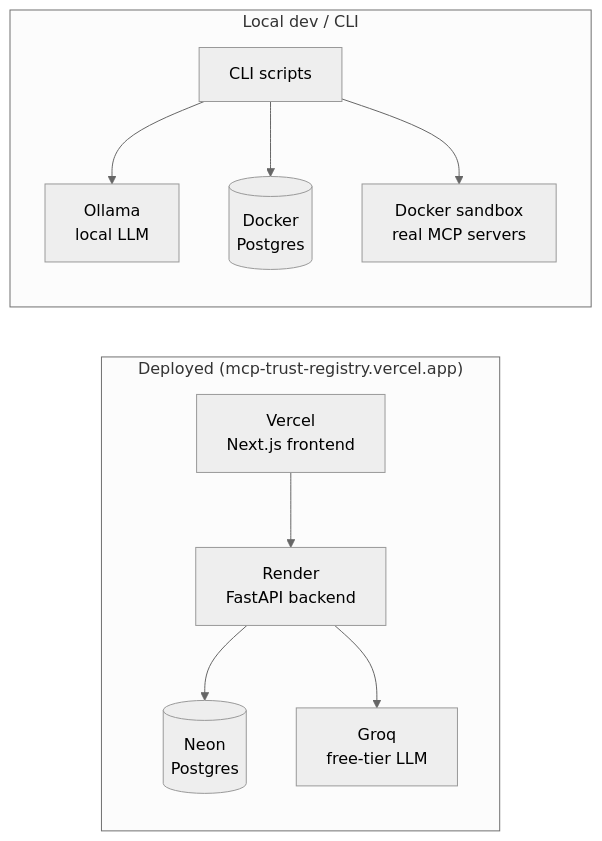
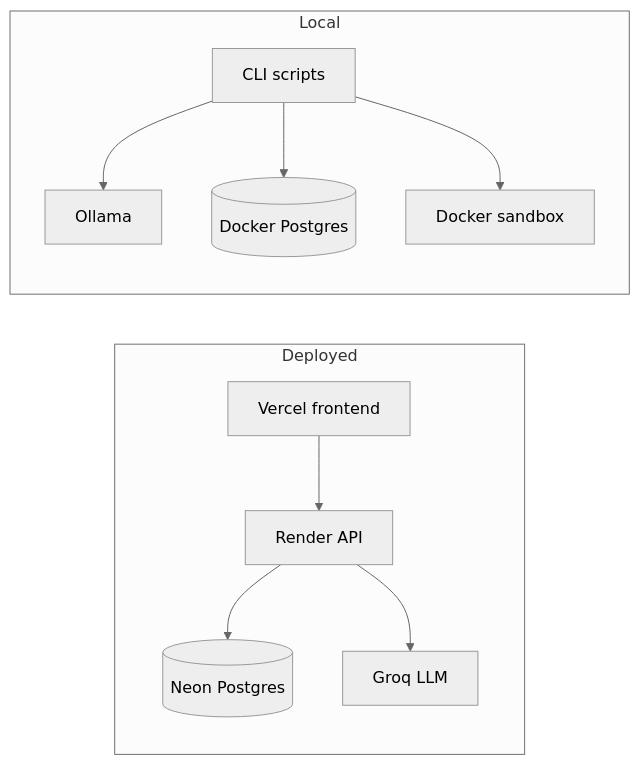
The diagram in README.md (NehaKhann/mcp-trust-registry), drawn with Mermaid (neutral theme) before and after one commit.

Commit message:
Fix Mermaid diagram not rendering on GitHub
Verified with a real browser (not just WebFetch, which doesn't run
GitHub's client-side JS and would have missed this) - the diagram
left a blank gap on the page, 0 rendered SVG elements. Simplified the
node labels: dropped <br/> tags and parentheses-in-quoted-subgraph-
titles, both plausible causes given GitHub's Mermaid renderer is
pickier about embedded HTML and punctuation than the mermaid live
editor. Single-line, low-punctuation labels are the safe baseline.

````diff
--- a/README.md
+++ b/README.md
@@ -36,13 +36,13 @@
 ```mermaid
 flowchart LR
-  subgraph deployed["Deployed (mcp-trust-registry.vercel.app)"]
-    V["Vercel<br/>Next.js frontend"] --> R["Render<br/>FastAPI backend"]
-    R --> N[("Neon<br/>Postgres")]
-    R --> G["Groq<br/>free-tier LLM"]
+  subgraph Deployed
+    V[Vercel frontend] --> R[Render API]
+    R --> N[(Neon Postgres)]
+    R --> G[Groq LLM]
   end
-  subgraph local["Local dev / CLI"]
-    C["CLI scripts"] --> O["Ollama<br/>local LLM"]
-    C --> P[("Docker<br/>Postgres")]
-    C --> D["Docker sandbox<br/>real MCP servers"]
+  subgraph Local
+    C[CLI scripts] --> O[Ollama]
+    C --> P[(Docker Postgres)]
+    C --> D[Docker sandbox]
   end
 ```
````
